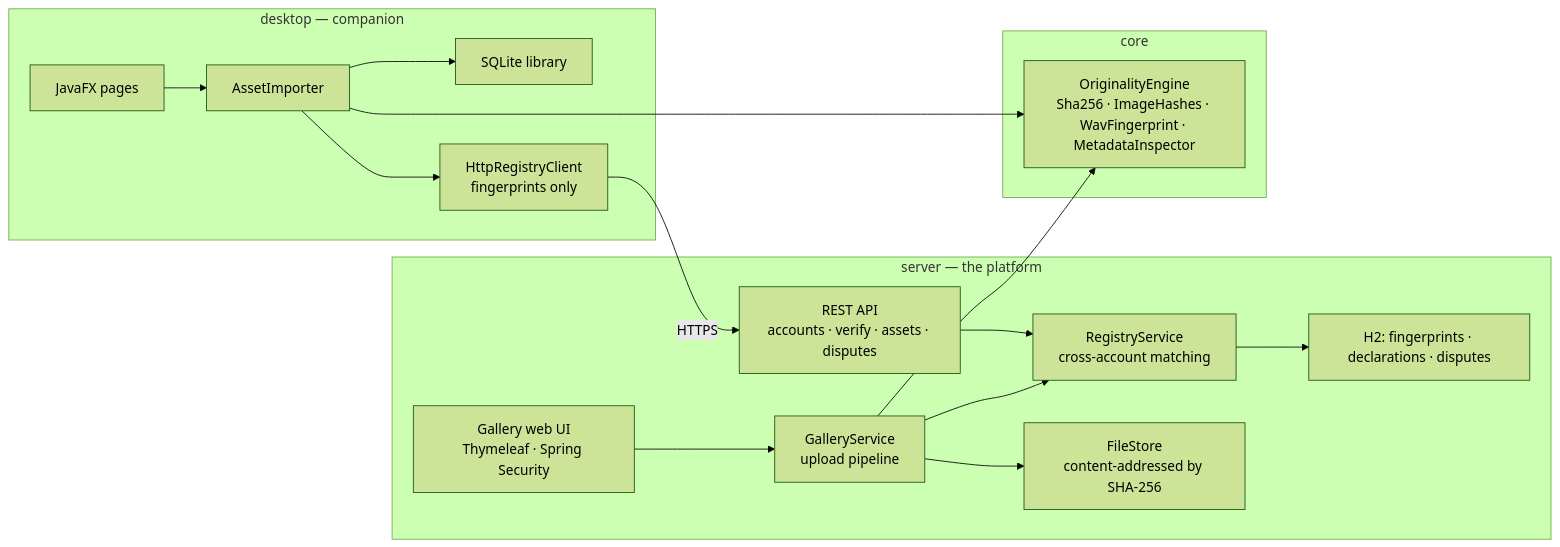
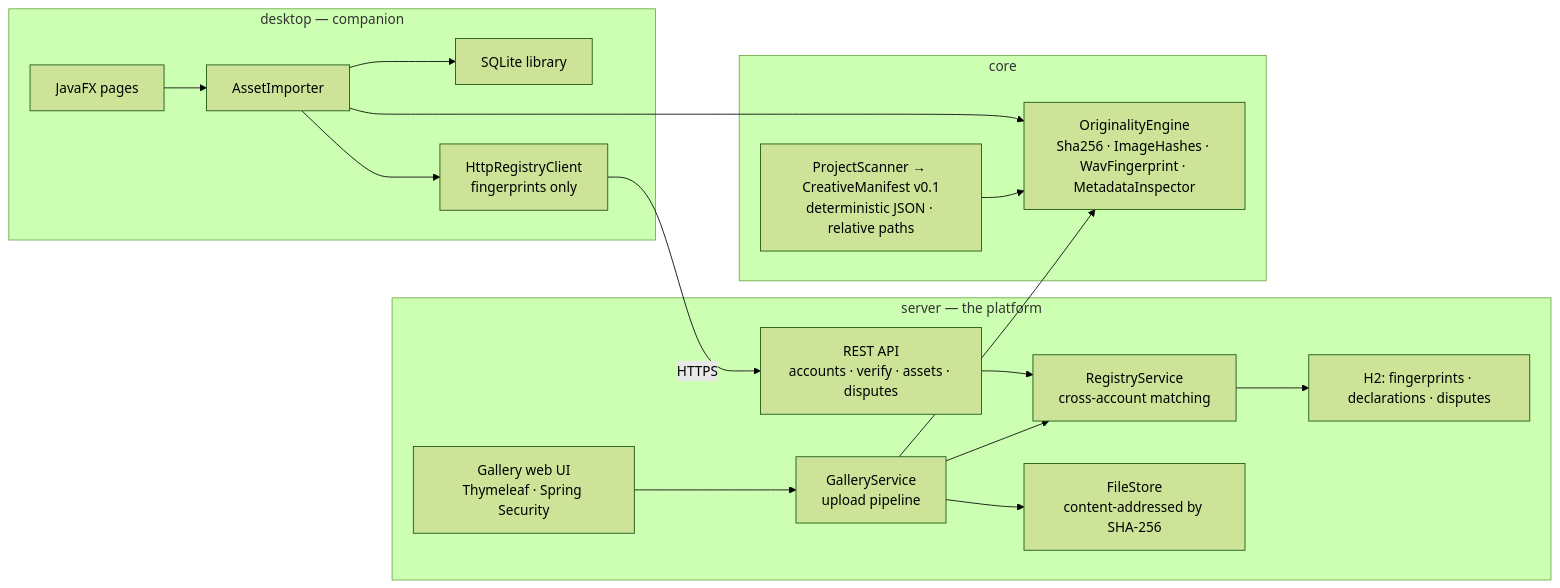
Before and after one commit to Bryancruzcb/creatorflow: the diagram in README.md, drawn with Mermaid (forest theme). The commit also changed other lines of this file and 60 other files, not shown here.

````diff
--- a/README.md
+++ b/README.md
@@ -159,21 +210,23 @@
 ```mermaid
 flowchart LR
     subgraph server["server — the platform"]
         WEB["Gallery web UI<br/>Thymeleaf · Spring Security"] --> GAL["GalleryService<br/>upload pipeline"]
         API["REST API<br/>accounts · verify · assets · disputes"] --> REG["RegistryService<br/>cross-account matching"]
         GAL --> REG
         GAL --> FS["FileStore<br/>content-addressed by SHA-256"]
         REG --> H2["H2: fingerprints · declarations · disputes"]
     end
     subgraph desktop["desktop — companion"]
         UI["JavaFX pages"] --> SVC["AssetImporter"]
         SVC --> DB["SQLite library"]
         SVC --> RC["HttpRegistryClient<br/>fingerprints only"]
     end
     subgraph core
         ENG["OriginalityEngine<br/>Sha256 · ImageHashes · WavFingerprint · MetadataInspector"]
+        MAN["ProjectScanner → CreativeManifest v0.1<br/>deterministic JSON · relative paths"]
     end
     GAL --> ENG
     SVC --> ENG
+    MAN --> ENG
     RC -- HTTPS --> API
 ```
````
